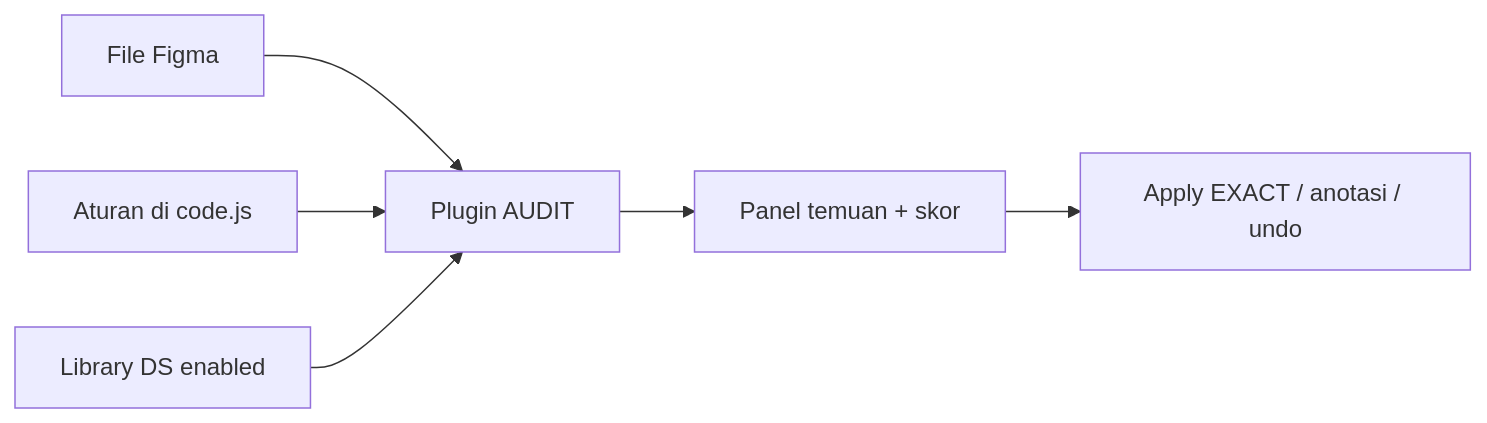
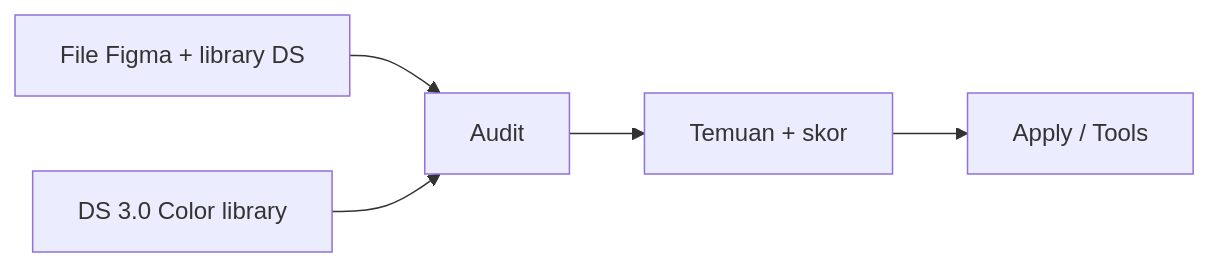
The diagram in README.md (sapikkk/design-audit-sawitpro), drawn with Mermaid before and after one commit. The commit also changed other lines of this file and 15 other files, not shown here.

First line of the commit message:
Ship plugin v2.2: Community parity, Tools tab, and clear docs.

````diff
--- a/README.md
+++ b/README.md
@@ -20,8 +38,7 @@
 ```mermaid
 flowchart LR
-  A[File Figma] --> B[Plugin AUDIT]
-  B --> C[Panel temuan + skor]
-  C --> D[Apply EXACT / anotasi / undo]
-  R[Aturan di code.js] --> B
-  L[Library DS enabled] --> B
+  A[File Figma + library DS] --> B[Audit]
+  B --> C[Temuan + skor]
+  C --> D[Apply / Tools]
+  L[DS 3.0 Color library] --> B
 ```
````
